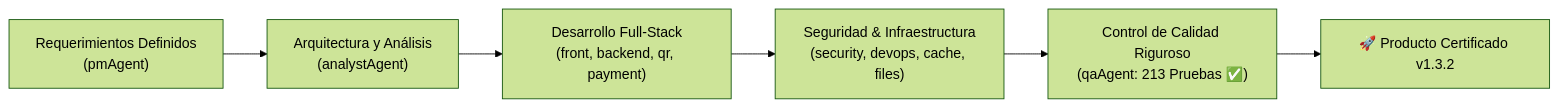
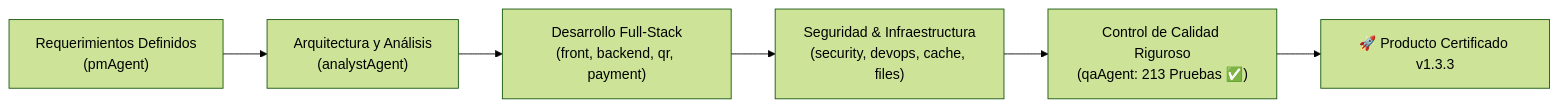
One commit to paolapaz202504/QRgenerator changed the diagram in PROJECT_STATUS_QRGENERATOR.md. Above: the diagram before and after it, drawn with Mermaid (forest theme). The commit also changed other lines of this file and 9 other files, not shown here.

````diff
--- a/PROJECT_STATUS_QRGENERATOR.md
+++ b/PROJECT_STATUS_QRGENERATOR.md
@@ -12,8 +12,8 @@
 ```mermaid
 flowchart LR
     A["Requerimientos Definidos\n(pmAgent)"] --> B["Arquitectura y Análisis\n(analystAgent)"]
     B --> C["Desarrollo Full-Stack\n(front, backend, qr, payment)"]
     C --> D["Seguridad & Infraestructura\n(security, devops, cache, files)"]
     D --> E["Control de Calidad Riguroso\n(qaAgent: 213 Pruebas ✅)"]
-    E --> F["🚀 Producto Certificado v1.3.2"]
+    E --> F["🚀 Producto Certificado v1.3.3"]
 ```
````
